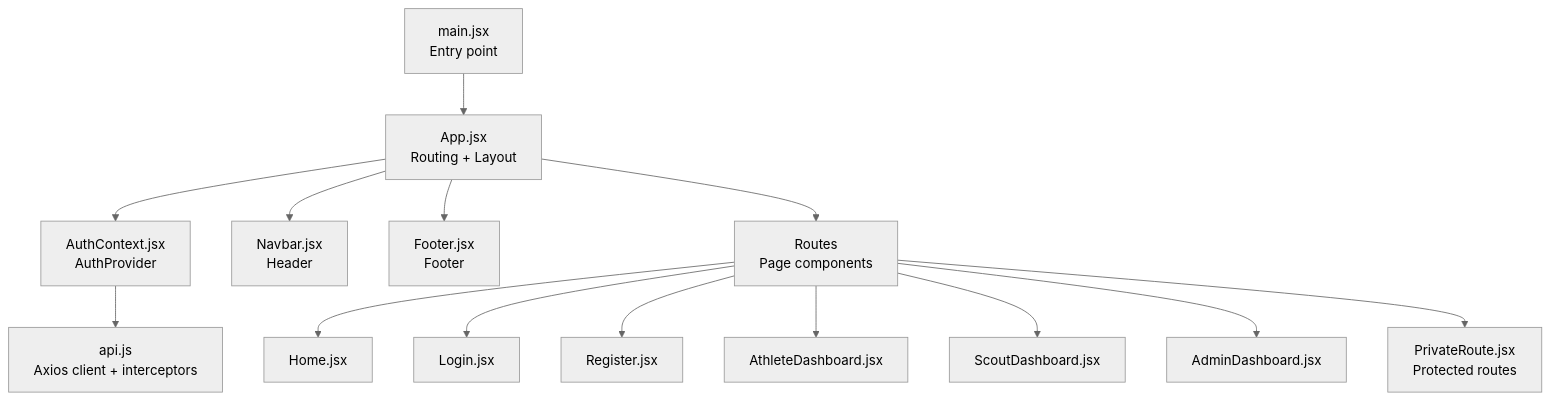
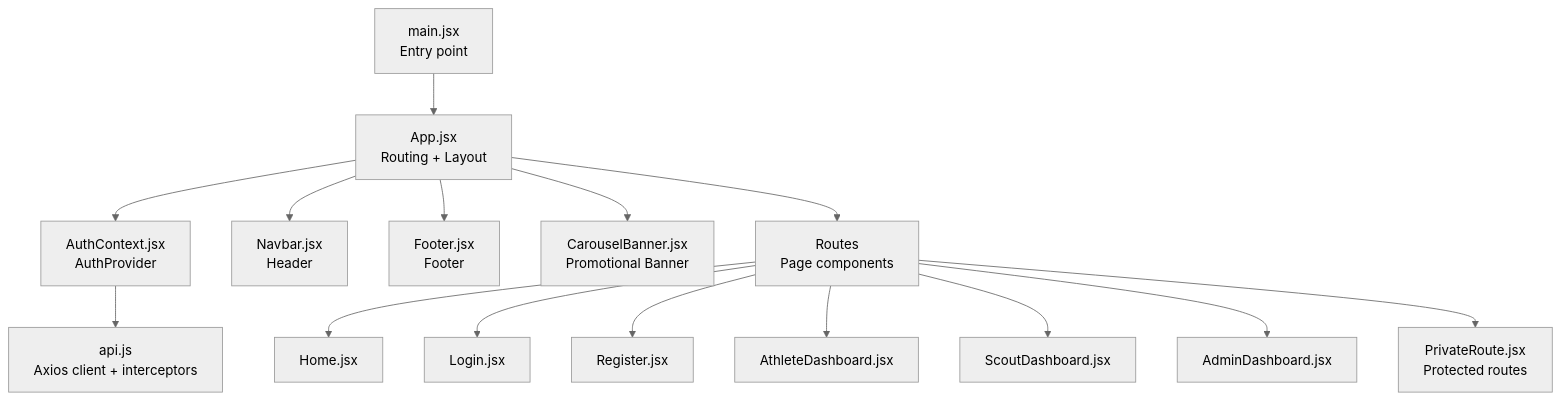
One commit to Alexandrexicara/craque-vision changed the first of 8 diagrams in .qoder/repowiki/en/content/Frontend Application/Frontend Application.md. Above: the diagram before and after it, drawn with Mermaid (neutral theme). The commit also changed other lines of this file and 5 other files, not shown here.

````diff
--- a/.qoder/repowiki/en/content/Frontend Application/Frontend Application.md
+++ b/.qoder/repowiki/en/content/Frontend Application/Frontend Application.md
@@ -46,16 +56,17 @@
 ```mermaid
 graph TB
 Main["main.jsx<br/>Entry point"] --> App["App.jsx<br/>Routing + Layout"]
 App --> Auth["AuthContext.jsx<br/>AuthProvider"]
 App --> Navbar["Navbar.jsx<br/>Header"]
 App --> Footer["Footer.jsx<br/>Footer"]
+App --> Carousel["CarouselBanner.jsx<br/>Promotional Banner"]
 App --> Routes["Routes<br/>Page components"]
 Routes --> Home["Home.jsx"]
 Routes --> Login["Login.jsx"]
 Routes --> Register["Register.jsx"]
 Routes --> AthleteDash["AthleteDashboard.jsx"]
 Routes --> ScoutDash["ScoutDashboard.jsx"]
 Routes --> AdminDash["AdminDashboard.jsx"]
 Routes --> Private["PrivateRoute.jsx<br/>Protected routes"]
 Auth --> API["api.js<br/>Axios client + interceptors"]
 ```
````
